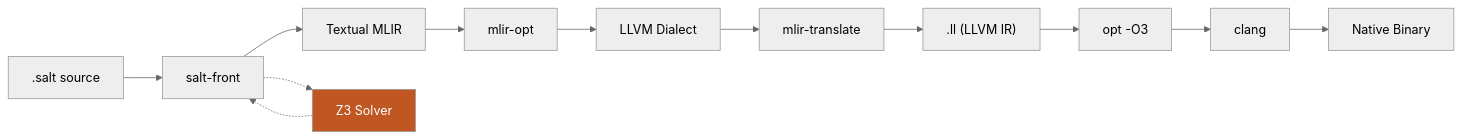
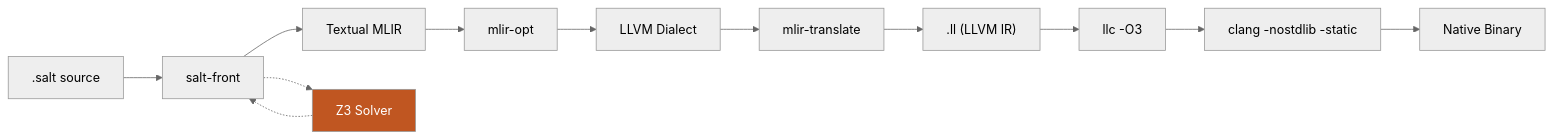
Before and after one commit to bneb/lattice: the second of 10 diagrams in docs/ARCH.md, drawn with Mermaid (neutral theme). The commit also changed other lines of this file and 2 other files, not shown here.

````diff
--- a/docs/ARCH.md
+++ b/docs/ARCH.md
@@ -78,17 +78,17 @@
 ```mermaid
 flowchart LR
     A[".salt source"] --> B["salt-front"]
     B --> C["Textual MLIR"]
     C --> D["mlir-opt"]
     D --> E["LLVM Dialect"]
     E --> F["mlir-translate"]
     F --> G[".ll (LLVM IR)"]
-    G --> H["opt -O3"]
-    H --> I["clang"]
+    G --> H["llc -O3"]
+    H --> I["clang -nostdlib -static"]
     I --> J["Native Binary"]
     
     B -.-> K["Z3 Solver"]
     K -.-> B
     
     style K fill:#c05621,color:#fff
 ```
````
